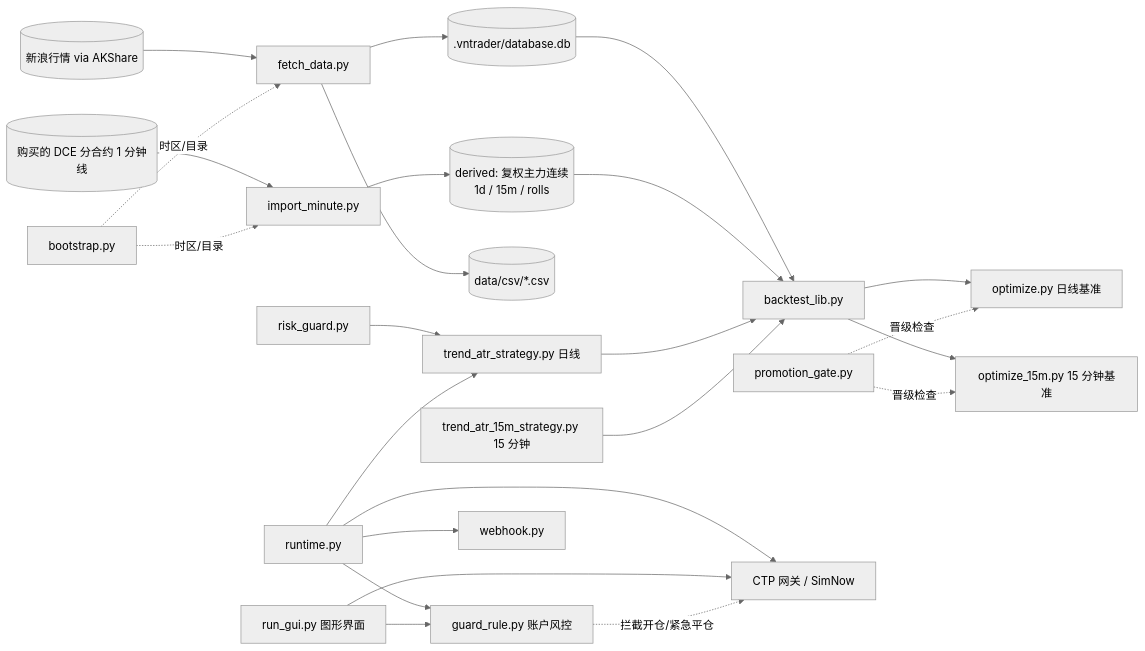
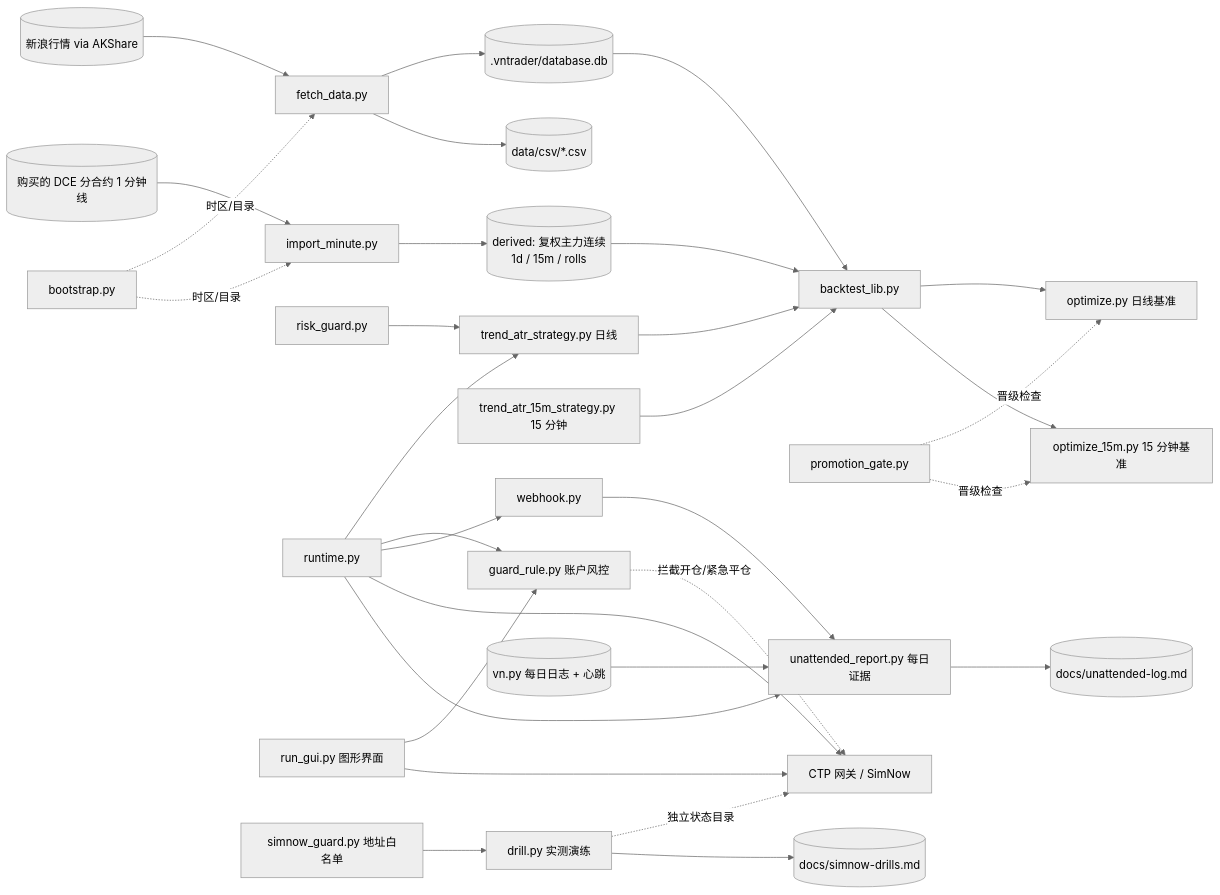
Before and after one commit to laiyinyizao007/invest: the first of 4 diagrams in PROJECTWIKI.md, drawn with Mermaid (neutral theme). The commit also changed other lines of this file and 16 other files, not shown here.

````diff
--- a/PROJECTWIKI.md
+++ b/PROJECTWIKI.md
@@ -22,26 +24,33 @@
 ```mermaid
 flowchart LR
   SINA[(新浪行情 via AKShare)] --> FD[fetch_data.py]
   BUY[(购买的 DCE 分合约 1 分钟线)] --> IM[import_minute.py]
   IM --> DER[(derived: 复权主力连续<br/>1d / 15m / rolls)]
   BS[bootstrap.py] -. 时区/目录 .-> FD
   BS -. 时区/目录 .-> IM
   FD --> DB[(.vntrader/database.db)]
   FD --> CSV[(data/csv/*.csv)]
   DB --> BL[backtest_lib.py]
   DER --> BL
   BL --> OPT[optimize.py 日线基准]
   BL --> O15[optimize_15m.py 15 分钟基准]
   ST[trend_atr_strategy.py 日线] --> BL
   ST15[trend_atr_15m_strategy.py 15 分钟] --> BL
   RG[risk_guard.py] --> ST
   PG[promotion_gate.py] -. 晋级检查 .-> OPT
   PG -. 晋级检查 .-> O15
   RT[runtime.py] --> ST
   RT --> GR[guard_rule.py 账户风控]
   RT --> WH[webhook.py]
   RT --> CTP[CTP 网关 / SimNow]
   GUI[run_gui.py 图形界面] --> GR
   GUI --> CTP
   GR -. 拦截开仓/紧急平仓 .-> CTP
+  SG[simnow_guard.py 地址白名单] --> DR[drill.py 实测演练]
+  DR -. 独立状态目录 .-> CTP
+  DR --> DRDOC[(docs/simnow-drills.md)]
+  RT --> UR[unattended_report.py 每日证据]
+  UR --> URDOC[(docs/unattended-log.md)]
+  LOG[(vn.py 每日日志 + 心跳)] --> UR
+  WH --> UR
 ```
````
